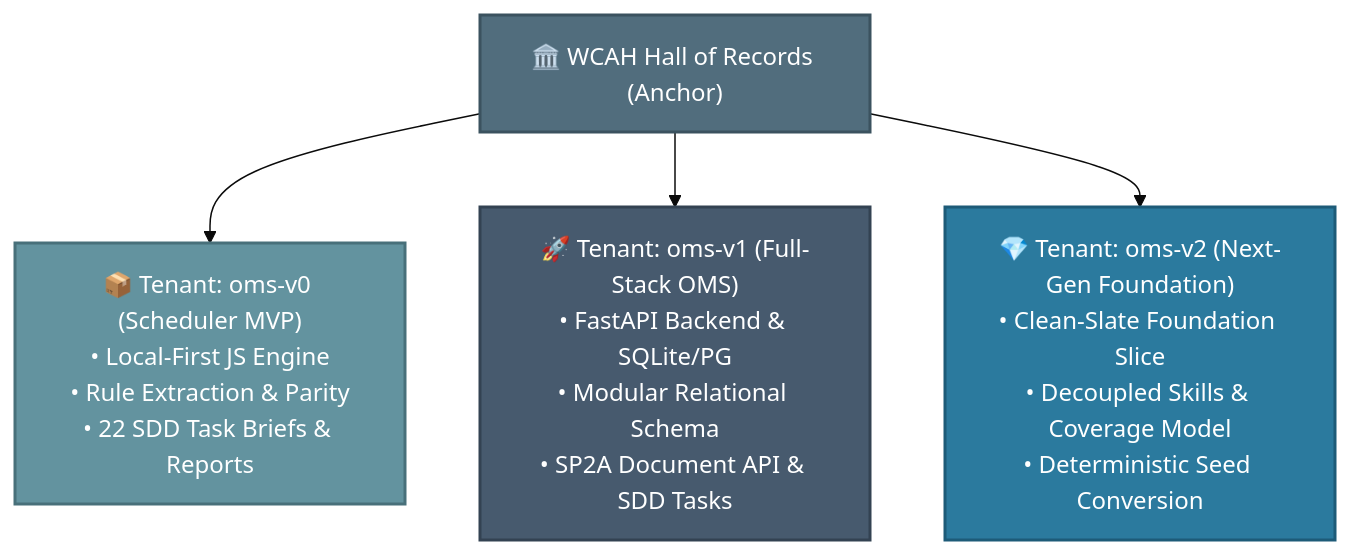
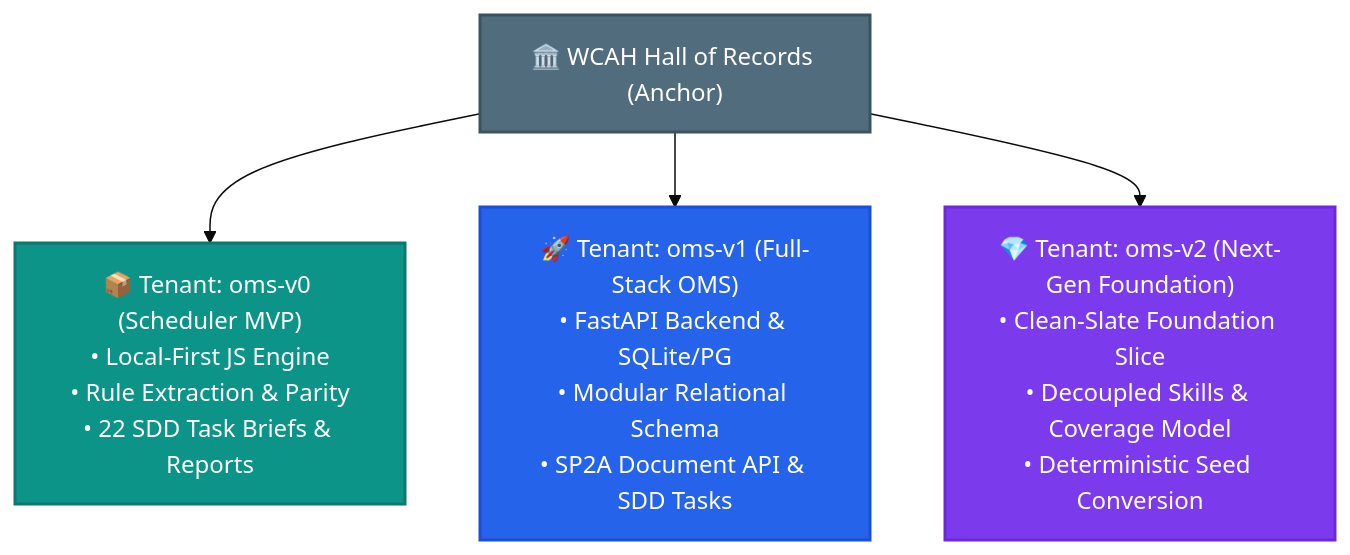
The diagram in tenants/wcah/content/welcome.md (Standard-Pentest/wcah-oms-library), drawn with Mermaid (base theme) before and after one commit. The commit also changed 15 other files, not shown here.

````diff
--- a/tenants/wcah/content/welcome.md
+++ b/tenants/wcah/content/welcome.md
@@ -14,13 +14,13 @@
 ```mermaid
 graph TD
     classDef anchor fill:#516d7d,stroke:#3b525f,stroke-width:2px,color:#fff;
-    classDef v0 fill:#63939f,stroke:#48707a,stroke-width:2px,color:#fff;
-    classDef v1 fill:#475a6e,stroke:#334252,stroke-width:2px,color:#fff;
-    classDef v2 fill:#2b7a9e,stroke:#1d5b78,stroke-width:2px,color:#fff;
+    classDef v0 fill:#0d9488,stroke:#0f766e,stroke-width:2px,color:#fff;
+    classDef v1 fill:#2563eb,stroke:#1d4ed8,stroke-width:2px,color:#fff;
+    classDef v2 fill:#7c3aed,stroke:#6d28d9,stroke-width:2px,color:#fff;
 
     Anchor["🏛️ WCAH Hall of Records (Anchor)"]:::anchor
 
     Anchor --> V0["📦 Tenant: oms-v0 (Scheduler MVP)<br/>• Local-First JS Engine<br/>• Rule Extraction & Parity<br/>• 22 SDD Task Briefs & Reports"]:::v0
     Anchor --> V1["🚀 Tenant: oms-v1 (Full-Stack OMS)<br/>• FastAPI Backend & SQLite/PG<br/>• Modular Relational Schema<br/>• SP2A Document API & SDD Tasks"]:::v1
     Anchor --> V2["💎 Tenant: oms-v2 (Next-Gen Foundation)<br/>• Clean-Slate Foundation Slice<br/>• Decoupled Skills & Coverage Model<br/>• Deterministic Seed Conversion"]:::v2
 ```
````
